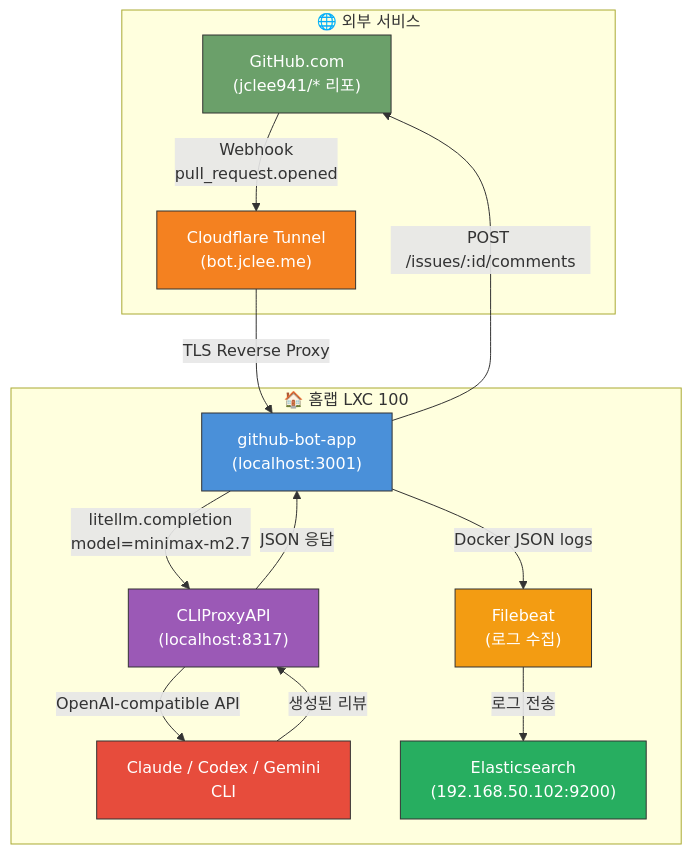
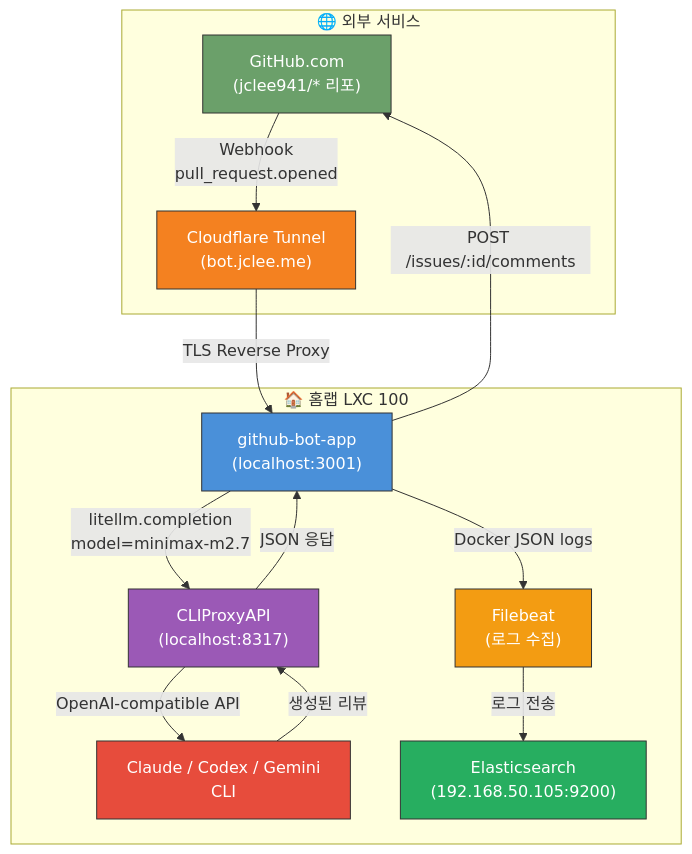
One commit to jclee941/.github changed the first of 10 diagrams in docs/architecture.md. Above: the diagram before and after it, drawn with Mermaid. The commit also changed other lines of this file and 2 other files, not shown here.

````diff
--- a/docs/architecture.md
+++ b/docs/architecture.md
@@ -10,33 +10,33 @@
 ```mermaid
 flowchart TB
     subgraph 외부_서비스["🌐 외부 서비스"]
         GH["GitHub.com<br/>(jclee941/* 리포)"]
         CF["Cloudflare Tunnel<br/>(bot.jclee.me)"]
     end
 
     subgraph 홈랩_LXC100["🏠 홈랩 LXC 100"]
         WEB["github-bot-app<br/>(localhost:3001)"]
         PROXY["CLIProxyAPI<br/>(localhost:8317)"]
         LLM["Claude / Codex / Gemini<br/>CLI"]
         FB["Filebeat<br/>(로그 수집)"]
-        ES["Elasticsearch<br/>(192.168.50.102:9200)"]
+        ES["Elasticsearch<br/>(192.168.50.105:9200)"]
     end
 
     GH -->|"Webhook<br/>pull_request.opened"| CF
     CF -->|"TLS Reverse Proxy"| WEB
     WEB -->|"litellm.completion<br/>model=minimax-m2.7"| PROXY
     WEB -->|"Docker JSON logs"| FB
     FB -->|"로그 전송"| ES
     PROXY -->|"OpenAI-compatible API"| LLM
     LLM -->|"생성된 리뷰"| PROXY
     PROXY -->|"JSON 응답"| WEB
     WEB -->|"POST /issues/:id/comments"| GH
 
     style GH fill:#6ba06a,stroke:#333,color:#fff
     style CF fill:#f48120,stroke:#333,color:#fff
 style WEB fill:#4a90d9,stroke:#333,color:#fff
 style PROXY fill:#9b59b6,stroke:#333,color:#fff
 style LLM fill:#e74c3c,stroke:#333,color:#fff
 style FB fill:#f39c12,stroke:#333,color:#fff
 style ES fill:#27ae60,stroke:#333,color:#fff
 ```
````
